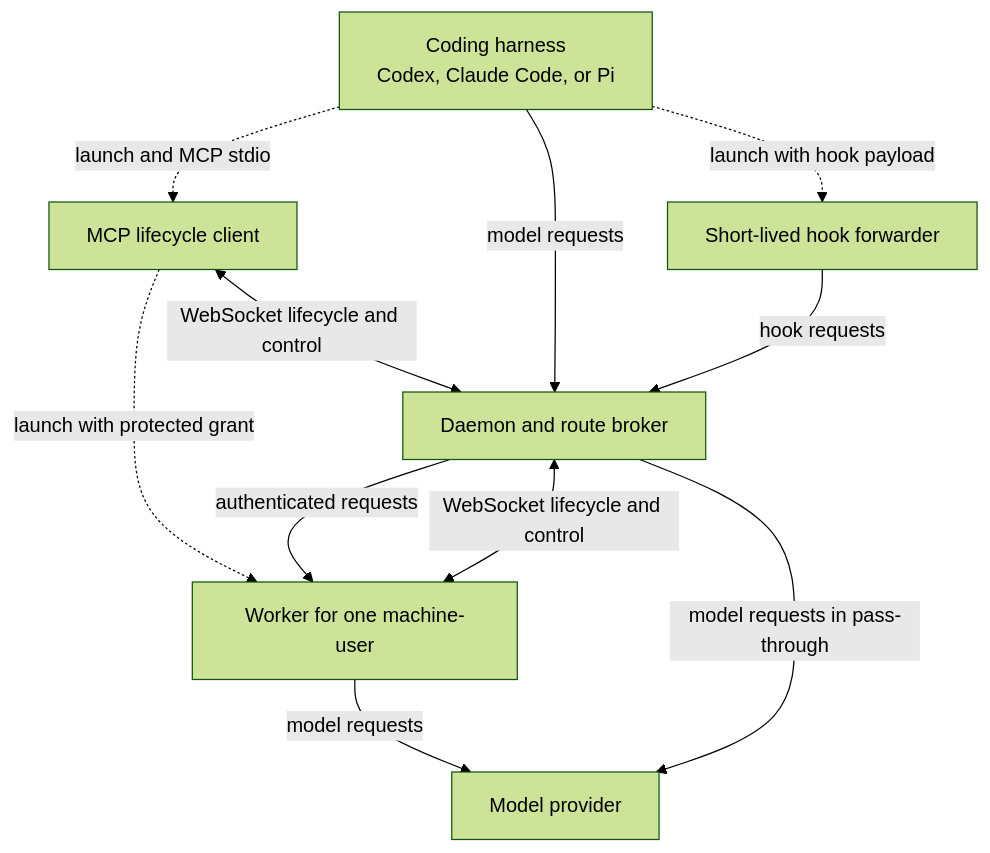
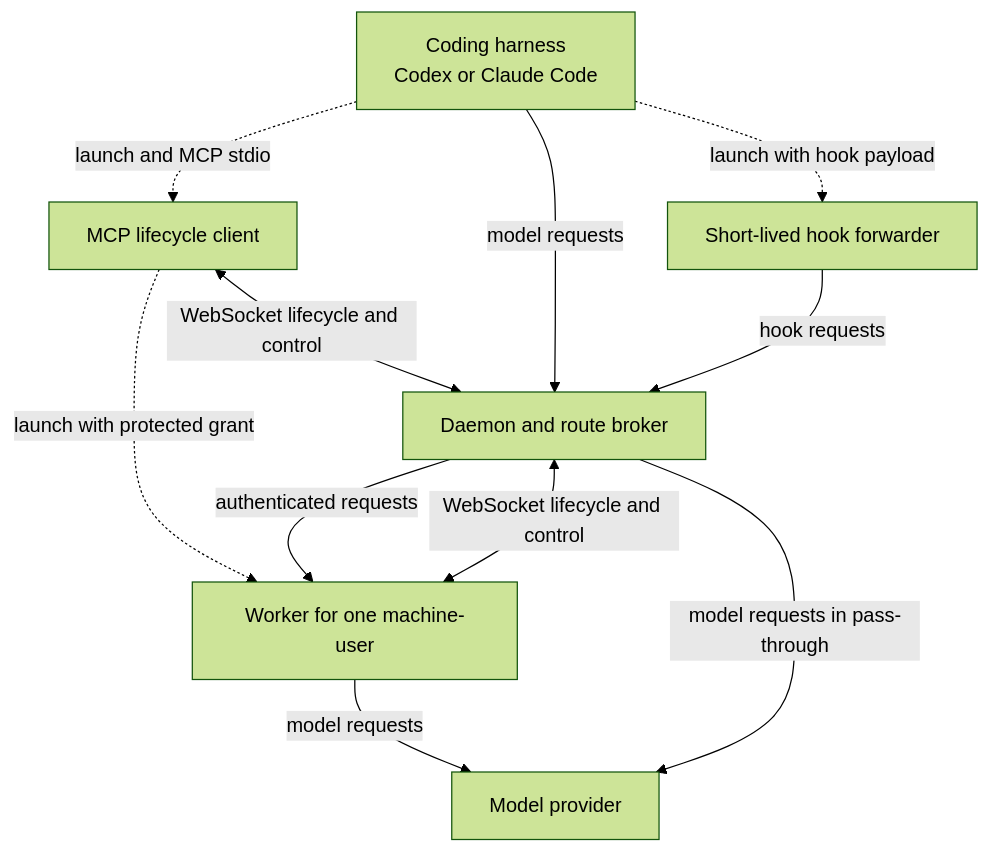
One commit to NVIDIA/NeMo-Relay changed the first of 4 diagrams in docs/daemon/architecture.mdx. Above: the diagram before and after it, drawn with Mermaid (forest theme). The commit also changed 34 other files, not shown here.

````diff
--- a/docs/daemon/architecture.mdx
+++ b/docs/daemon/architecture.mdx
@@ -30,19 +30,19 @@
 ```mermaid
 flowchart TD
-    H["Coding harness<br/>Codex, Claude Code, or Pi"]
+    H["Coding harness<br/>Codex or Claude Code"]
     M["MCP lifecycle client"]
     F["Short-lived hook forwarder"]
     D["Daemon and route broker"]
     W["Worker for one machine-user"]
     P["Model provider"]
     H -. "launch and MCP stdio" .-> M
     H -. "launch with hook payload" .-> F
     M <-->|"WebSocket lifecycle and control"| D
     M -. "launch with protected grant" .-> W
     W <-->|"WebSocket lifecycle and control"| D
     H -->|"model requests"| D
     F -->|"hook requests"| D
     D -->|"authenticated requests"| W
     W -->|"model requests"| P
     D -->|"model requests in pass-through"| P
 ```
````
